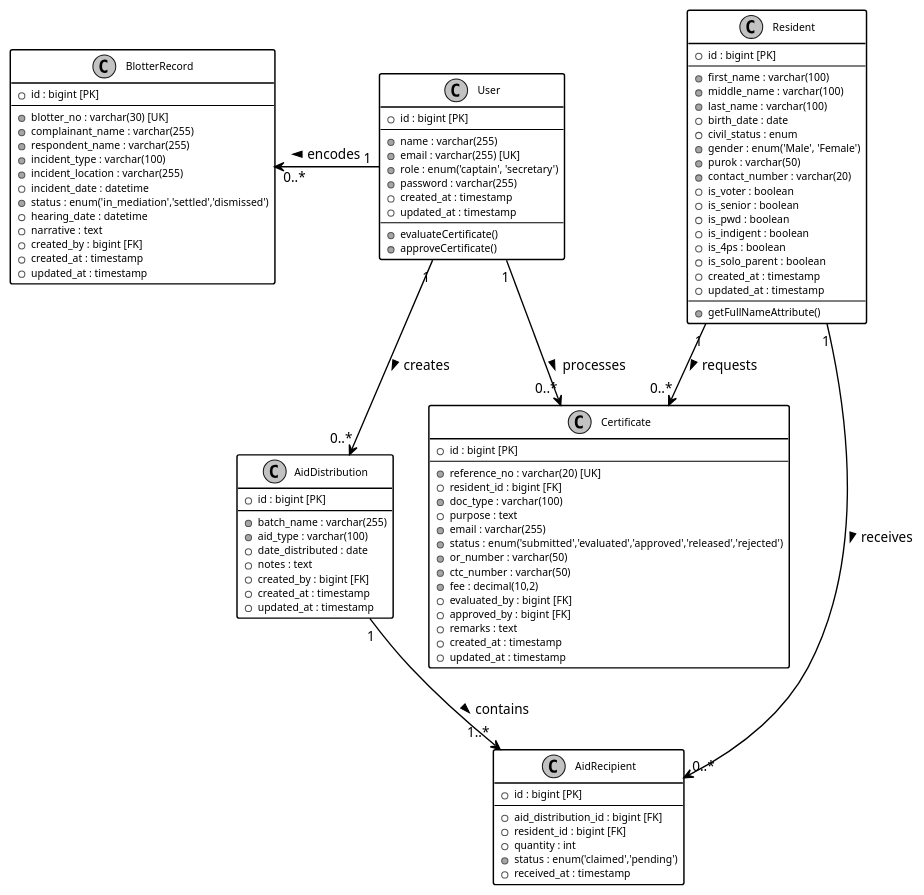
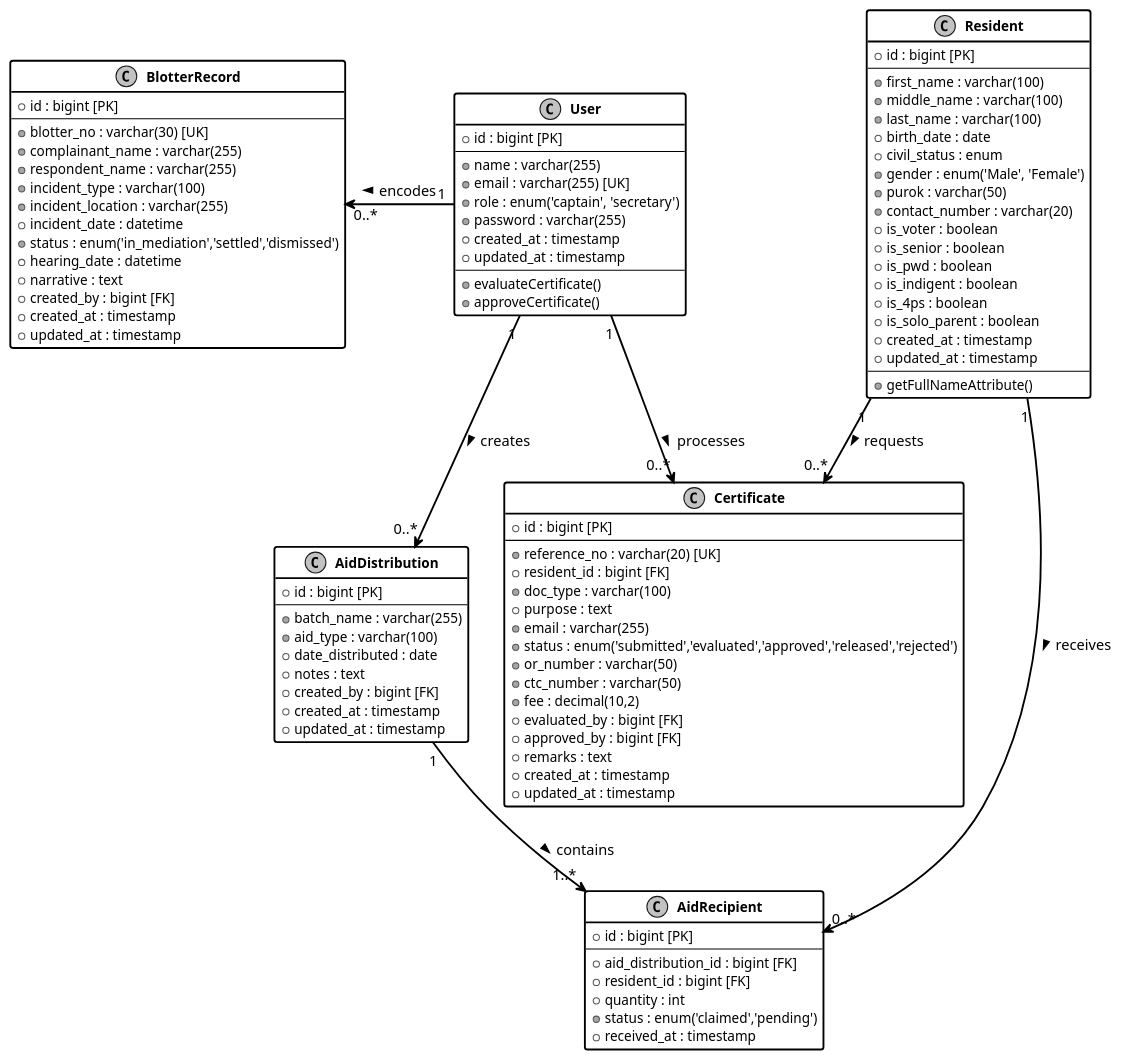
The diagram in Documentation/Diagrams/figure5_class_diagram.puml (dreynel/bims), drawn with PlantUML before and after one commit. The commit also changed 62 other files, not shown here.

```diff
--- a/Documentation/Diagrams/figure5_class_diagram.puml
+++ b/Documentation/Diagrams/figure5_class_diagram.puml
@@ -1,124 +1,122 @@
 @startuml
-
 skinparam defaultFontName "Segoe UI"
+skinparam defaultFontSize 14
 skinparam shadowing false
 skinparam monochrome true
-skinparam roundCorner 4
 skinparam ArrowColor #000000
-skinparam ArrowThickness 1.3
-skinparam DefaultFontColor #000000
-
+skinparam ArrowThickness 1.8
 
 skinparam class {
     BackgroundColor #FFFFFF
     BorderColor #000000
-    BorderThickness 1.4
+    BorderThickness 1.8
     FontColor #000000
-    FontSize 11
-    AttributeFontSize 10
+    FontSize 15
+    FontStyle bold
+    AttributeFontSize 13
     HeaderBackgroundColor #FFFFFF
 }
 
 class BlotterRecord {
     + id : bigint [PK]
     --
     + blotter_no : varchar(30) [UK]
     + complainant_name : varchar(255)
     + respondent_name : varchar(255)
     + incident_type : varchar(100)
     + incident_location : varchar(255)
     + incident_date : datetime
     + status : enum('in_mediation','settled','dismissed')
     + hearing_date : datetime
     + narrative : text
     + created_by : bigint [FK]
     + created_at : timestamp
     + updated_at : timestamp
 }
 
 class User {
     + id : bigint [PK]
     --
     + name : varchar(255)
     + email : varchar(255) [UK]
     + role : enum('captain', 'secretary')
     + password : varchar(255)
     + created_at : timestamp
     + updated_at : timestamp
     --
     + evaluateCertificate()
     + approveCertificate()
 }
 
 class Certificate {
     + id : bigint [PK]
     --
     + reference_no : varchar(20) [UK]
     + resident_id : bigint [FK]
     + doc_type : varchar(100)
     + purpose : text
     + email : varchar(255)
     + status : enum('submitted','evaluated','approved','released','rejected')
     + or_number : varchar(50)
     + ctc_number : varchar(50)
     + fee : decimal(10,2)
     + evaluated_by : bigint [FK]
     + approved_by : bigint [FK]
     + remarks : text
     + created_at : timestamp
     + updated_at : timestamp
 }
 
 class Resident {
     + id : bigint [PK]
     --
     + first_name : varchar(100)
     + middle_name : varchar(100)
     + last_name : varchar(100)
     + birth_date : date
     + civil_status : enum
     + gender : enum('Male', 'Female')
     + purok : varchar(50)
     + contact_number : varchar(20)
     + is_voter : boolean
     + is_senior : boolean
     + is_pwd : boolean
     + is_indigent : boolean
     + is_4ps : boolean
     + is_solo_parent : boolean
     + created_at : timestamp
     + updated_at : timestamp
     --
     + getFullNameAttribute()
 }
 
 class AidRecipient {
     + id : bigint [PK]
     --
     + aid_distribution_id : bigint [FK]
     + resident_id : bigint [FK]
     + quantity : int
     + status : enum('claimed','pending')
     + received_at : timestamp
 }
 
 class AidDistribution {
     + id : bigint [PK]
     --
     + batch_name : varchar(255)
     + aid_type : varchar(100)
     + date_distributed : date
     + notes : text
     + created_by : bigint [FK]
     + created_at : timestamp
     + updated_at : timestamp
 }
 
 User "1" -left-> "0..*" BlotterRecord : encodes >
 User "1" -down-> "0..*" Certificate : processes >
 Resident "1" -down-> "0..*" Certificate : requests >
 Resident "1" -right-> "0..*" AidRecipient : receives >
 AidDistribution "1" -down-> "1..*" AidRecipient : contains >
 User "1" -down-> "0..*" AidDistribution : creates >
 
 @enduml
```
